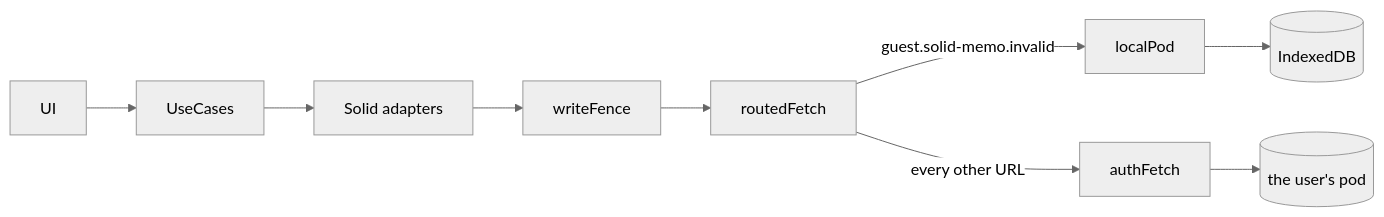
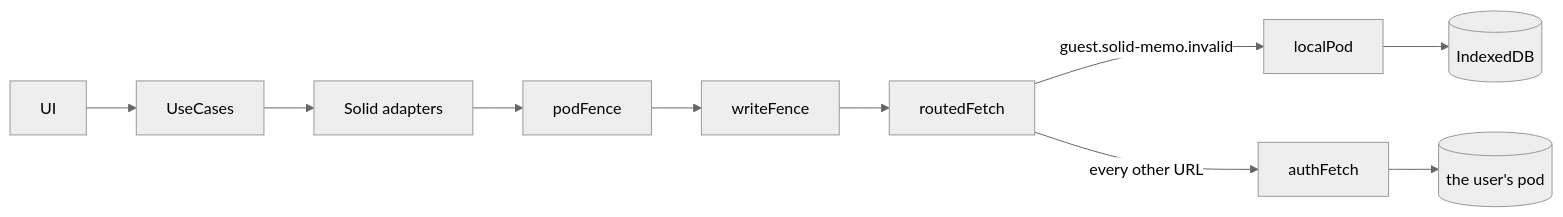
Before and after one commit to solid-memo/website: the first of 2 diagrams in docs/guest-mode.md, drawn with Mermaid (neutral theme). The commit also changed other lines of this file and 23 other files, not shown here.

First line of the commit message:
fix(solid): refuse unsafe pod writes in one fence

````diff
--- a/docs/guest-mode.md
+++ b/docs/guest-mode.md
@@ -18,9 +19,9 @@
 ```mermaid
 graph LR
   accTitle: Routing a guest's requests
-  accDescr: Requests to the guest pod's address go to the local pod in IndexedDB, and every other URL goes through the authenticated fetch.
+  accDescr: Requests pass the pod fence and the write fence; those to the guest pod's address go to the local pod in IndexedDB, and every other URL goes through the authenticated fetch.
   UI --> UseCases --> Adapters["Solid adapters"]
-  Adapters --> Fence[writeFence] --> Router[routedFetch]
+  Adapters --> PodFence[podFence] --> Fence[writeFence] --> Router[routedFetch]
   Router -- "guest.solid-memo.invalid" --> LocalPod[localPod] --> Store[(IndexedDB)]
   Router -- every other URL --> authFetch --> Pod[(the user's pod)]
 ```
````
